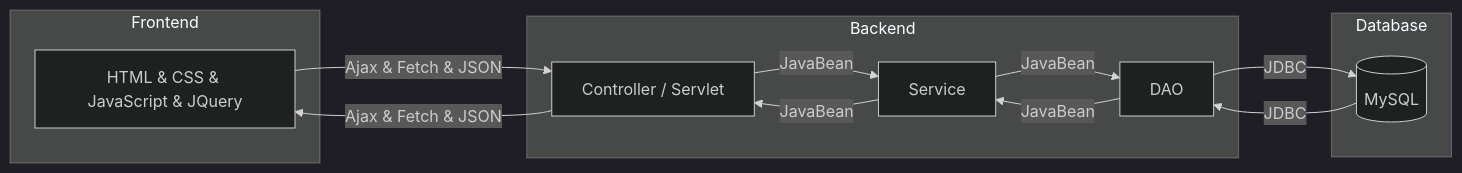
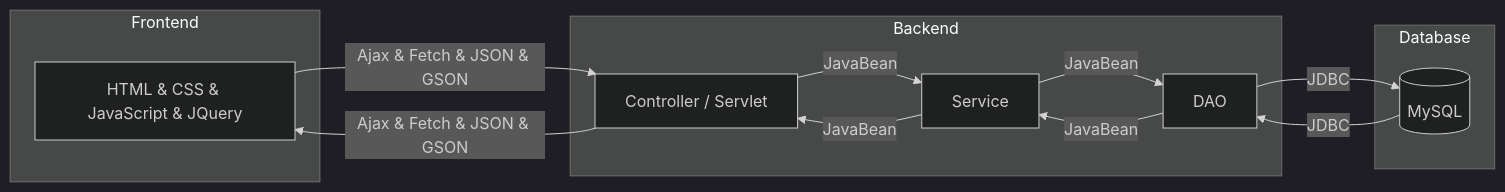
One commit to TLexYuW/CGA103G1OwnPart changed the diagram in README.md. Above: the diagram before and after it, drawn with Mermaid (dark theme).

````diff
--- a/README.md
+++ b/README.md
@@ -9,26 +9,26 @@
 ```mermaid
 flowchart LR
 	W[HTML & CSS & JavaScript & JQuery]
 	Svl[Controller / Servlet]
 	S[Service]
 	M[DAO]
 	DB[(MySQL)]
 	
 	subgraph Database
 		DB
 	end
 	
 	subgraph Backend
 		Svl
 		S
 		M
 	end
 	
 	subgraph Frontend
 		W
 	end
 	
-	W -->|Ajax & Fetch & JSON| Svl -->|JavaBean| S -->|JavaBean| M -->|JDBC| DB
+	W -->|Ajax & Fetch & JSON & GSON| Svl -->|JavaBean| S -->|JavaBean| M -->|JDBC| DB
 	
-	DB -->|JDBC| M -->|JavaBean| S -->|JavaBean| Svl -->|Ajax & Fetch & JSON| W
+	DB -->|JDBC| M -->|JavaBean| S -->|JavaBean| Svl -->|Ajax & Fetch & JSON & GSON| W
 ```
````
